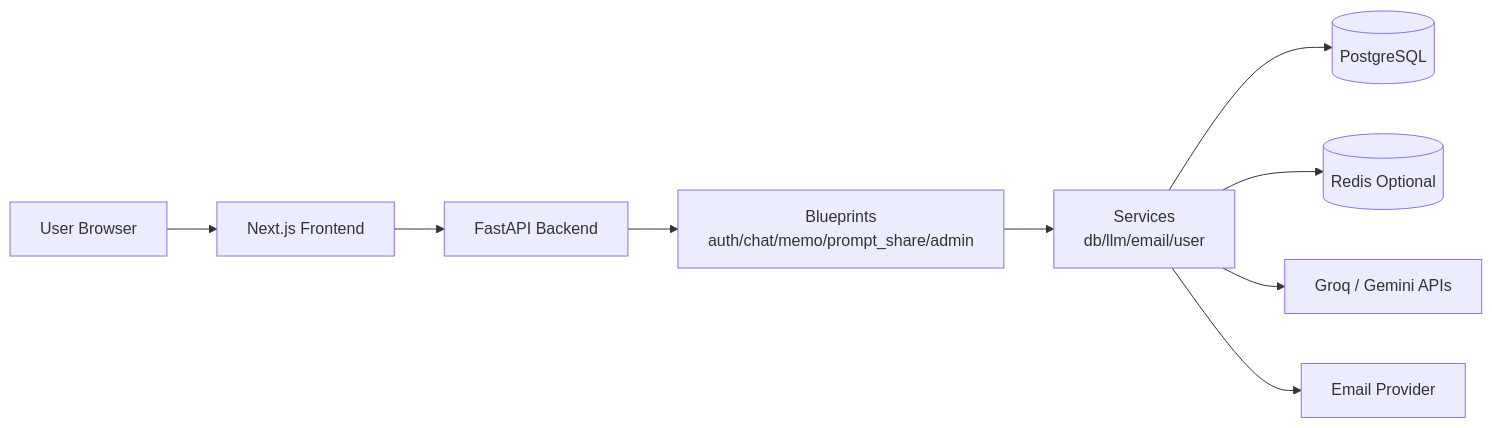
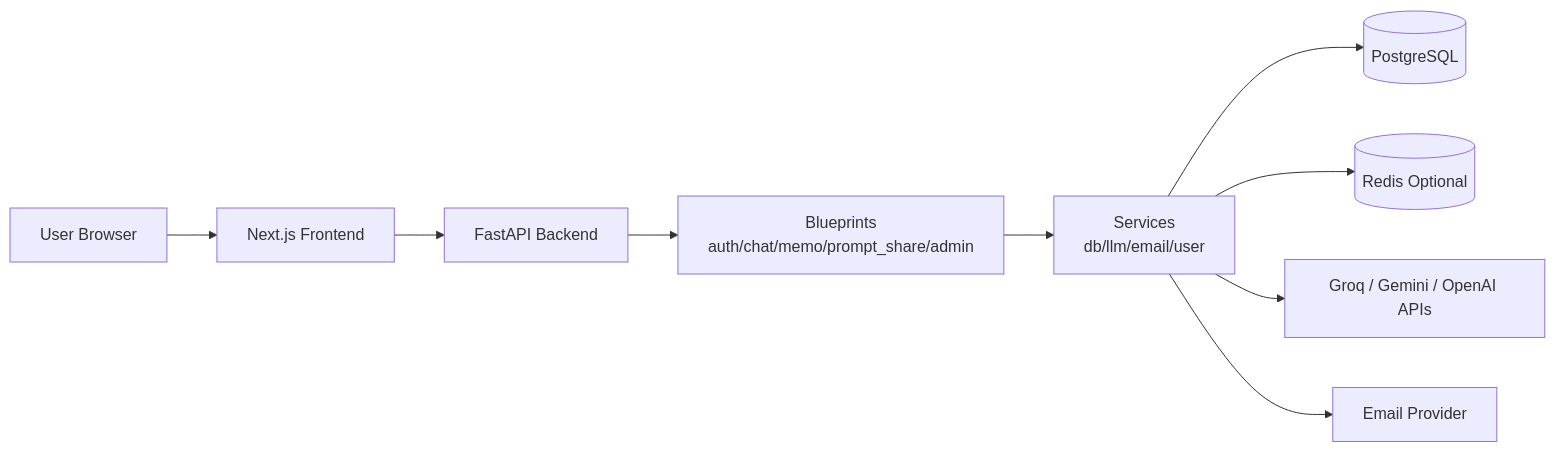
Before and after one commit to kota-kawa/ChatCore-AI: the first of 2 diagrams in README.md, drawn with Mermaid. The commit also changed other lines of this file, not shown here.

````diff
--- a/README.md
+++ b/README.md
@@ -145,19 +145,19 @@
 ```mermaid
 flowchart LR
     U[User Browser]
     FE[Next.js Frontend]
     API[FastAPI Backend]
     BP[Blueprints<br/>auth/chat/memo/prompt_share/admin]
     SV[Services<br/>db/llm/email/user]
     DB[(PostgreSQL)]
     RD[(Redis Optional)]
-    LLM[Groq / Gemini APIs]
+    LLM[Groq / Gemini / OpenAI APIs]
     EM[Email Provider]
 
     U --> FE --> API
     API --> BP --> SV
     SV --> DB
     SV --> RD
     SV --> LLM
     SV --> EM
 ```
````
